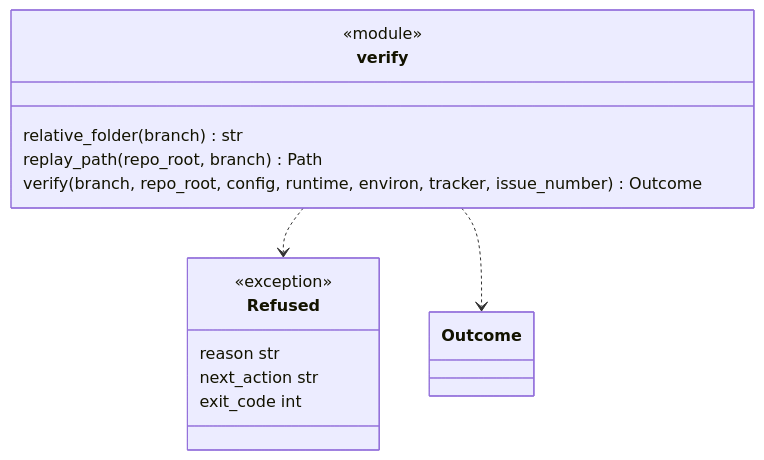
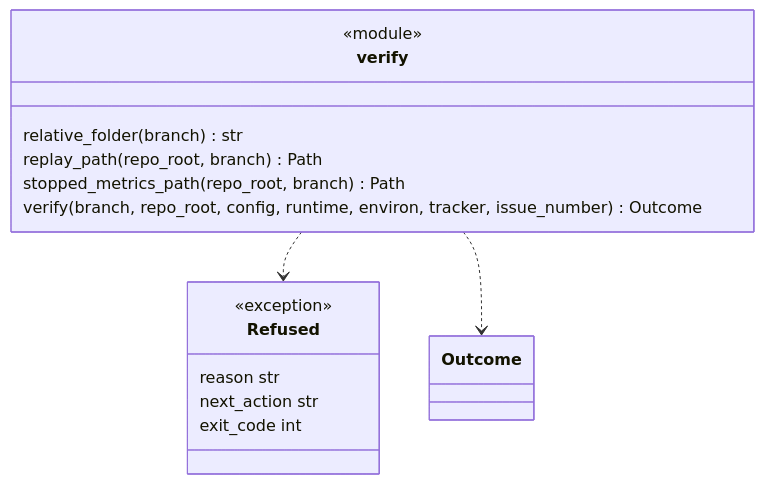
Before and after one commit to plaplanche/ariane: the second of 3 diagrams in docs/architecture/modules/verify.md, drawn with Mermaid. The commit also changed other lines of this file and 10 other files, not shown here.

````diff
--- a/docs/architecture/modules/verify.md
+++ b/docs/architecture/modules/verify.md
@@ -50,18 +51,19 @@
 ```mermaid
 classDiagram
 class Refused {
   <<exception>>
   reason str
   next_action str
   exit_code int
 }
 class verify {
   <<module>>
   relative_folder(branch) str
   replay_path(repo_root, branch) Path
+  stopped_metrics_path(repo_root, branch) Path
   verify(branch, repo_root, config, runtime, environ, tracker, issue_number) Outcome
 }
 class Outcome
 verify ..> Refused
 verify ..> Outcome
 ```
````
